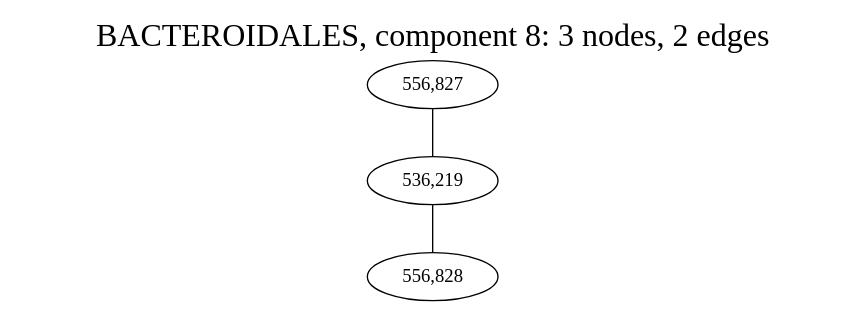
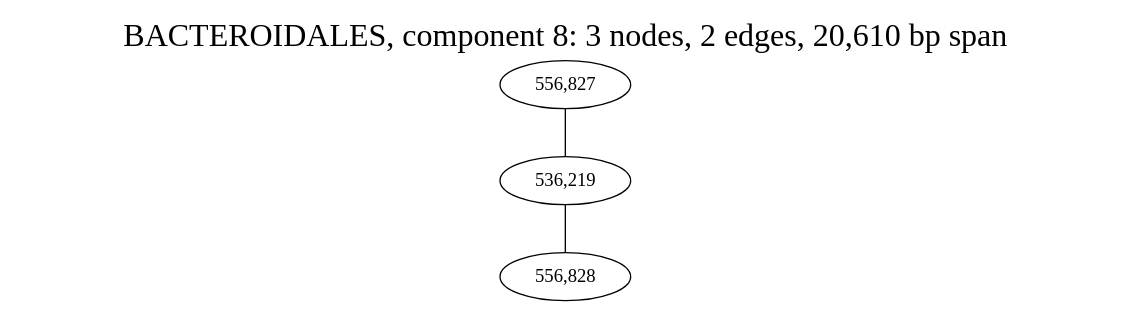
One commit to fedarko/sheepgut changed the diagram in notebooks/graphs/BACTEROIDALES_cc8.gv. Above: the diagram before and after it, drawn with Graphviz. The commit also changed 33 other files, not shown here.

```diff
--- a/notebooks/graphs/BACTEROIDALES_cc8.gv
+++ b/notebooks/graphs/BACTEROIDALES_cc8.gv
@@ -1,12 +1,12 @@
 graph BACTEROIDALES_cc8 {
 	overlap="prism50";
 	outputorder="edgesfirst";
-	label="BACTEROIDALES, component 8: 3 nodes, 2 edges";
+	label="BACTEROIDALES, component 8: 3 nodes, 2 edges, 20,610 bp span";
 	labelloc="t";
 	fontsize=24;
 	"556,827" [style="filled", fillcolor="#ffffff", fontcolor="#000000"];
 	"536,219" [style="filled", fillcolor="#ffffff", fontcolor="#000000"];
 	"556,828" [style="filled", fillcolor="#ffffff", fontcolor="#000000"];
 	"556,827" -- "536,219";
 	"536,219" -- "556,828";
 }
```
